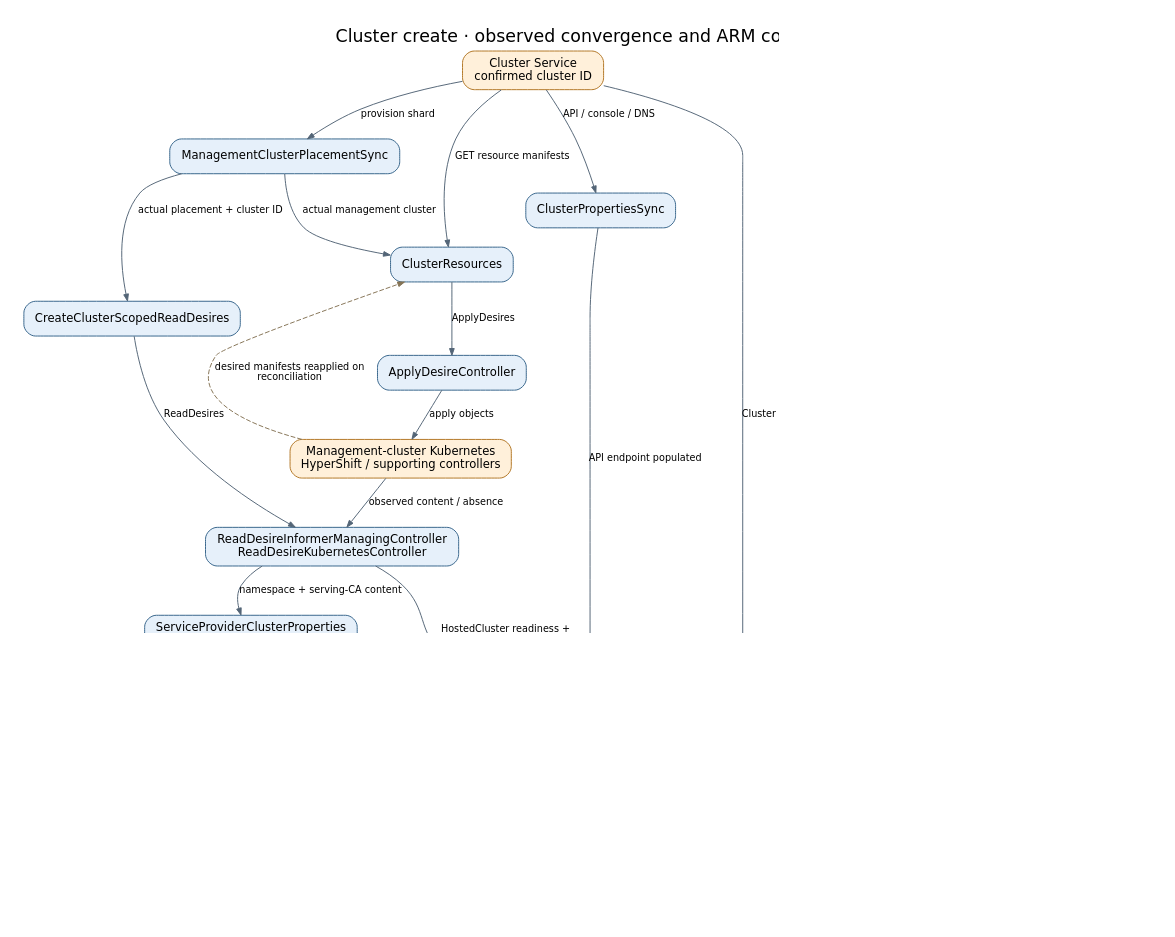
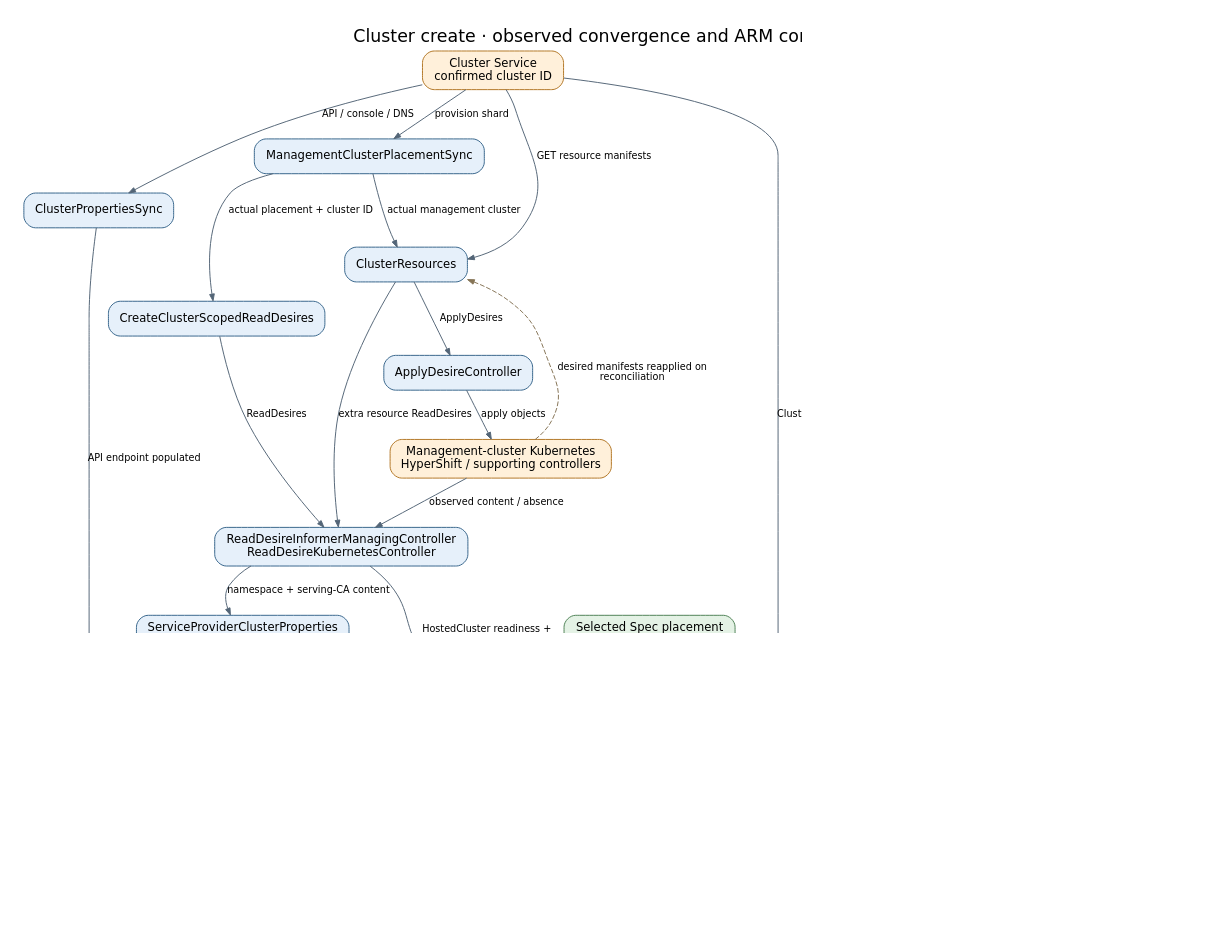
Before and after one commit to Azure/ARO-HCP: the diagram in docs/diagrams/controller-flows/cluster-convergence.dot, drawn with Graphviz. The commit also changed 17 other files, not shown here.

Commit message:
docs: refresh controller flows after rebasing on main

```diff
--- a/docs/diagrams/controller-flows/cluster-convergence.dot
+++ b/docs/diagrams/controller-flows/cluster-convergence.dot
@@ -1,42 +1,45 @@
 digraph cluster_convergence {
   graph [rankdir=TB, bgcolor="white", pad="0.3", nodesep="0.4", ranksep="0.55", fontname="DejaVu Sans", fontsize=18, labelloc=t, label="Cluster create · observed convergence and ARM completion", dpi=110];
   node [shape=box, style="rounded,filled", fillcolor="#e6f0fa", color="#35648a", fontname="DejaVu Sans", fontsize=12, margin="0.16,0.10"];
   edge [color="#536577", fontname="DejaVu Sans", fontsize=10, arrowsize=0.7];
   cs [label="Cluster Service\nconfirmed cluster ID", fillcolor="#fff0da", color="#b27624"];
   place [label="ManagementClusterPlacementSync", fillcolor="#e6f0fa", color="#35648a"];
   resources [label="ClusterResources", fillcolor="#e6f0fa", color="#35648a"];
   read [label="CreateClusterScopedReadDesires", fillcolor="#e6f0fa", color="#35648a"];
   apply [label="ApplyDesireController", fillcolor="#e6f0fa", color="#35648a"];
   kube [label="Management-cluster Kubernetes\nHyperShift / supporting controllers", fillcolor="#fff0da", color="#b27624"];
   mirror [label="ReadDesireInformerManagingController\nReadDesireKubernetesController", fillcolor="#e6f0fa", color="#35648a"];
   props [label="ServiceProviderClusterProperties\nSync", fillcolor="#e6f0fa", color="#35648a"];
   armprops [label="ClusterPropertiesSync", fillcolor="#e6f0fa", color="#35648a"];
   role [label="IdentityRoleAssignments", fillcolor="#e6f0fa", color="#35648a"];
   azure [label="Azure role assignments\nconfirmed group + resolved identities", fillcolor="#fff0da", color="#b27624"];
   op [label="OperationClusterCreate", fillcolor="#e6f0fa", color="#35648a"];
   done [label="ARM operation Succeeded\nActiveOperationID cleared", fillcolor="#e4f2e5", color="#4c8053"];
   uid [label="BackfillClusterUID", fillcolor="#e6f0fa", color="#35648a"];
   billing [label="CreateBillingDoc", fillcolor="#e6f0fa", color="#35648a"];
   cs -> place [label="provision shard"];
   place -> resources [label="actual management cluster"];
   cs -> resources [label="GET resource manifests"];
   place -> read [label="actual placement + cluster ID"];
   resources -> apply [label="ApplyDesires"];
   apply -> kube [label="apply objects"];
+  resources -> mirror [label="extra resource ReadDesires"];
   read -> mirror [label="ReadDesires"];
   kube -> mirror [label="observed content / absence"];
   mirror -> props [label="namespace + serving-CA content"];
   cs -> armprops [label="API / console / DNS"];
+  selected [label="Selected Spec placement\nfrom prerequisites panel", fillcolor="#e4f2e5", color="#4c8053"];
+  selected -> op [label="placement completion"];
   cs -> op [label="Cluster Service state"];
   mirror -> op [label="HostedCluster readiness +\nversion"];
   props -> op [label="serving CA populated"];
   armprops -> op [label="API endpoint populated"];
   role -> azure [label="GET / create missing"];
   role -> op [label="confirmed nonempty; none\npending"];
   op -> done [label="all completion checks\nsatisfied"];
   done -> billing [label="Succeeded; billing reference\nmissing"];
   uid -> billing [label="ClusterUID available"];
   azure -> role [label="created stays pending until\nGET confirms", style=dashed, color="#857456", constraint=false];
   op -> op [label="pending: observe again", style=dashed, color="#857456", constraint=false];
   kube -> resources [label="desired manifests reapplied on\nreconciliation", style=dashed, color="#857456", constraint=false];
 }
```
